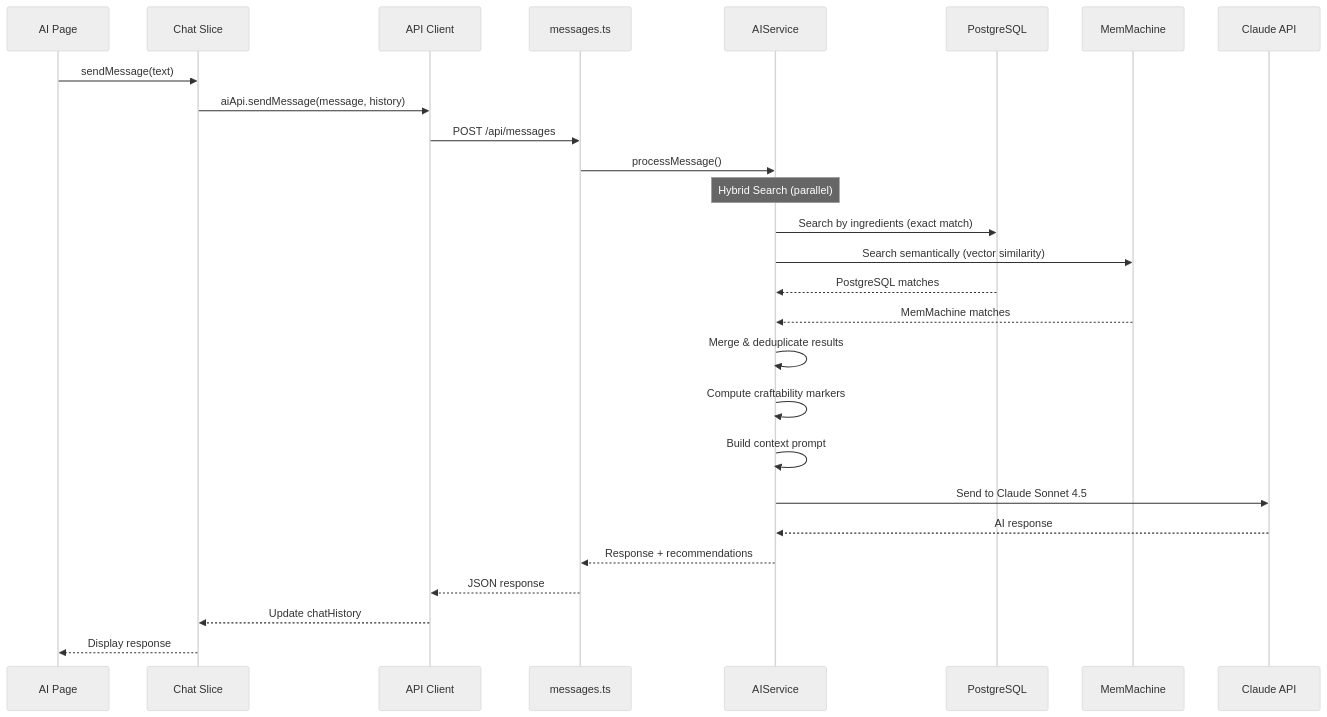
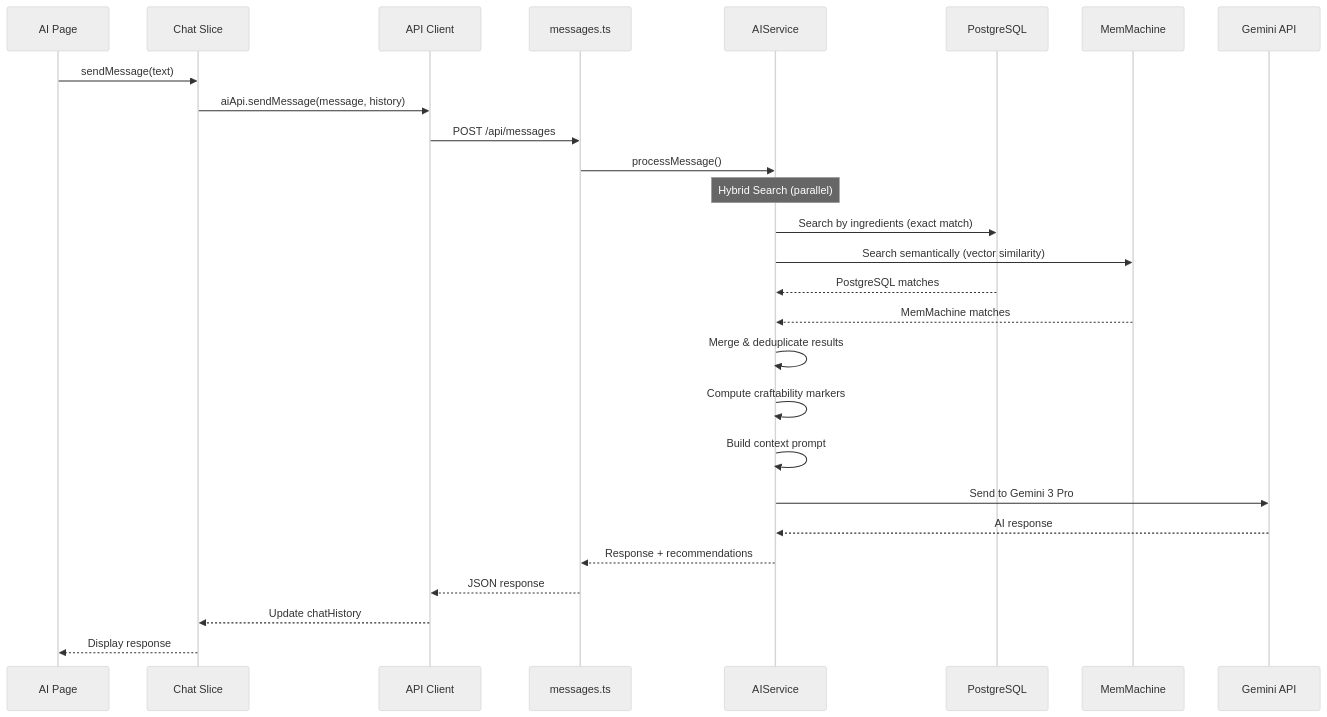
Before and after one commit to JLawMcGraw/alchemix: the tenth of 12 diagrams in Documentation/ARCHITECTURE.md, drawn with Mermaid (neutral theme). The commit also changed other lines of this file and 24 other files, not shown here.

````diff
--- a/Documentation/ARCHITECTURE.md
+++ b/Documentation/ARCHITECTURE.md
@@ -700,33 +703,33 @@
 ```mermaid
 sequenceDiagram
     participant UI as AI Page
     participant Store as Chat Slice
     participant API as API Client
     participant Route as messages.ts
     participant AISvc as AIService
     participant DB as PostgreSQL
     participant MM as MemMachine
-    participant Claude as Claude API
+    participant Gemini as Gemini API
 
     UI->>Store: sendMessage(text)
     Store->>API: aiApi.sendMessage(message, history)
     API->>Route: POST /api/messages
     Route->>AISvc: processMessage()
 
     Note over AISvc: Hybrid Search (parallel)
     AISvc->>DB: Search by ingredients (exact match)
     AISvc->>MM: Search semantically (vector similarity)
     DB-->>AISvc: PostgreSQL matches
     MM-->>AISvc: MemMachine matches
 
     AISvc->>AISvc: Merge & deduplicate results
     AISvc->>AISvc: Compute craftability markers
     AISvc->>AISvc: Build context prompt
-    AISvc->>Claude: Send to Claude Sonnet 4.5
-    Claude-->>AISvc: AI response
+    AISvc->>Gemini: Send to Gemini 3 Pro
+    Gemini-->>AISvc: AI response
 
     AISvc-->>Route: Response + recommendations
     Route-->>API: JSON response
     API-->>Store: Update chatHistory
     Store-->>UI: Display response
 ```
````
